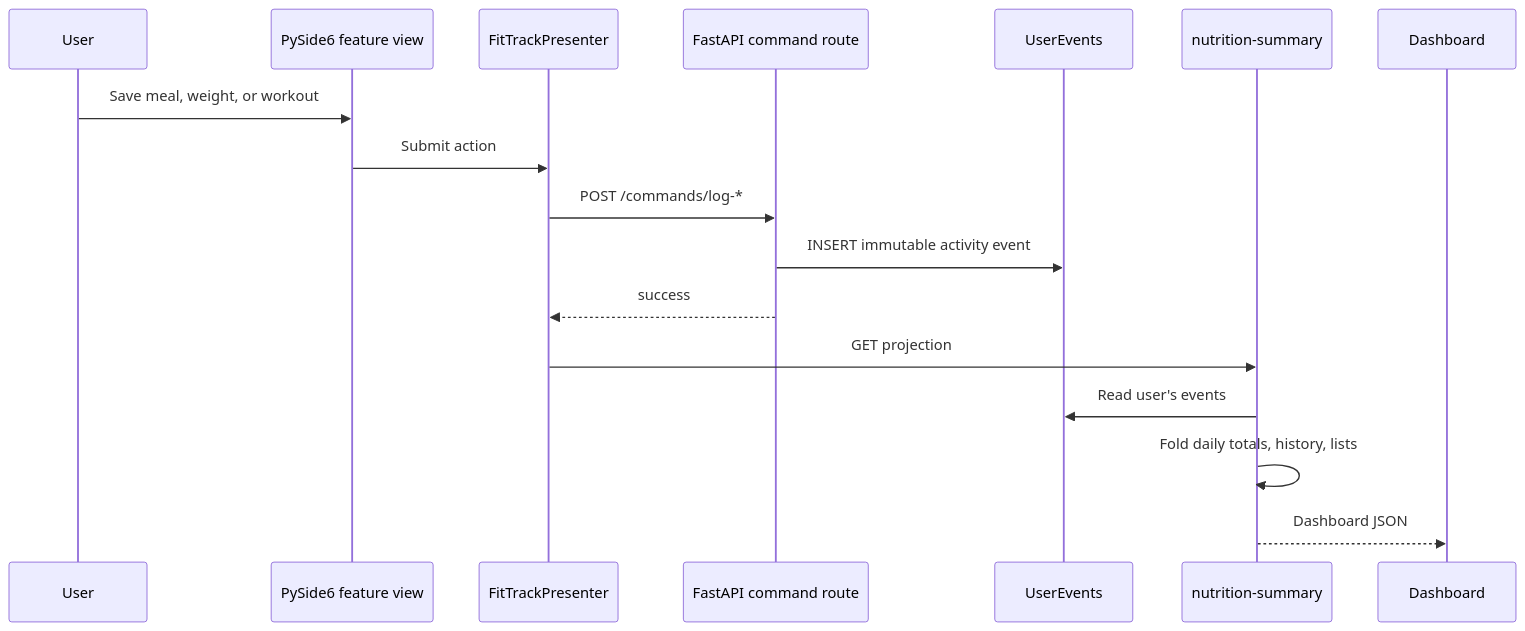
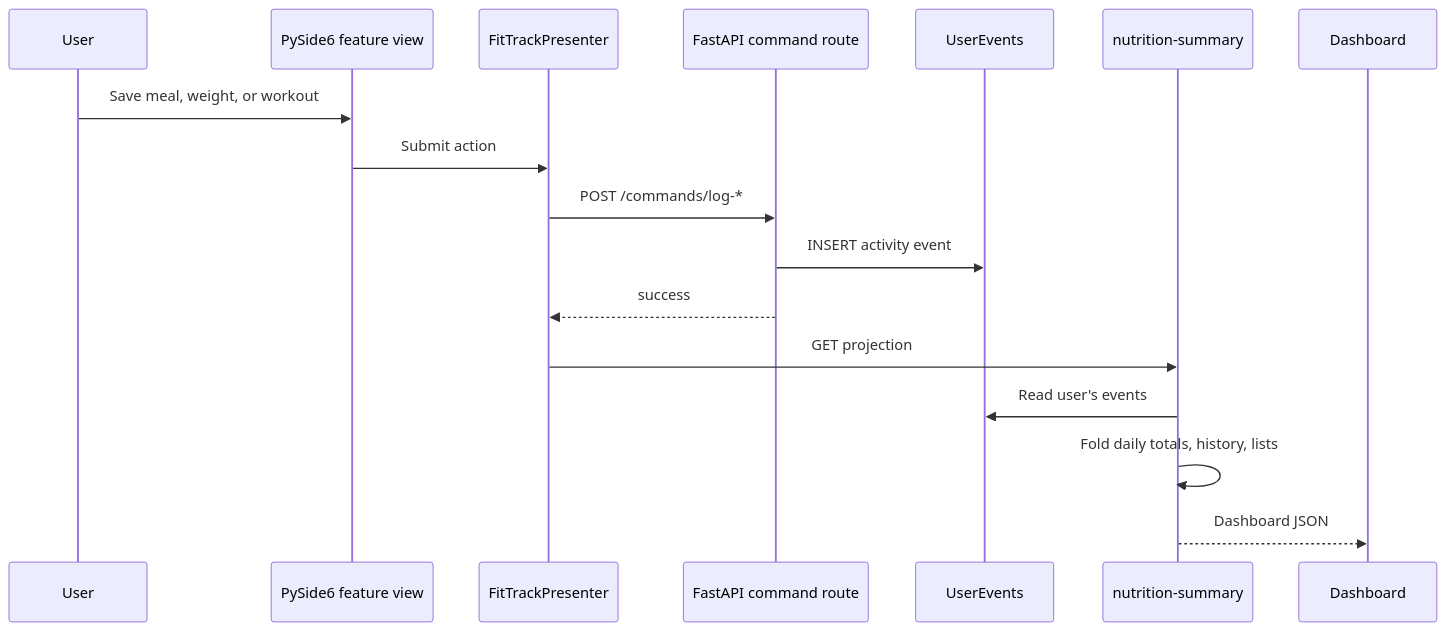
One commit to moriyakaduri/FitTrackAI changed the fourth of 8 diagrams in docs/ARCHITECTURE.md. Above: the diagram before and after it, drawn with Mermaid. The commit also changed other lines of this file and 3 other files, not shown here.

Commit message:
docs: align product and architecture docs with current main

````diff
--- a/docs/ARCHITECTURE.md
+++ b/docs/ARCHITECTURE.md
@@ -104,20 +142,20 @@
 ```mermaid
 sequenceDiagram
     participant User
     participant View as PySide6 feature view
     participant Presenter as FitTrackPresenter
     participant Command as FastAPI command route
     participant Store as UserEvents
     participant Query as nutrition-summary
     participant Dashboard
 
     User->>View: Save meal, weight, or workout
     View->>Presenter: Submit action
     Presenter->>Command: POST /commands/log-*
-    Command->>Store: INSERT immutable activity event
+    Command->>Store: INSERT activity event
     Command-->>Presenter: success
     Presenter->>Query: GET projection
     Query->>Store: Read user's events
     Query->>Query: Fold daily totals, history, lists
     Query-->>Dashboard: Dashboard JSON
 ```
````
